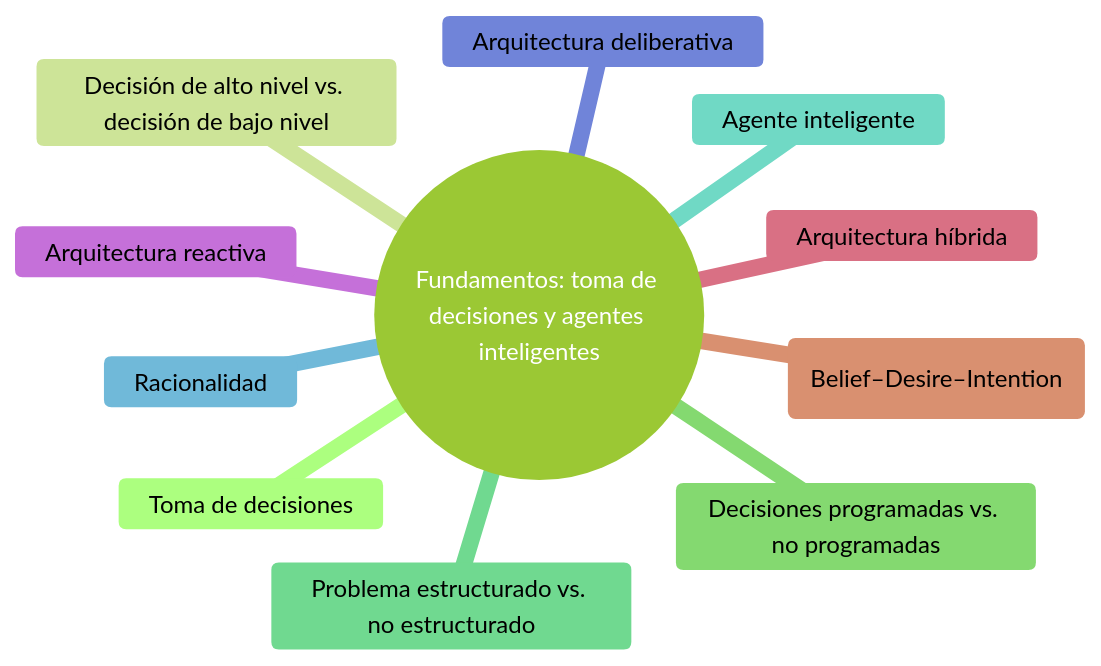
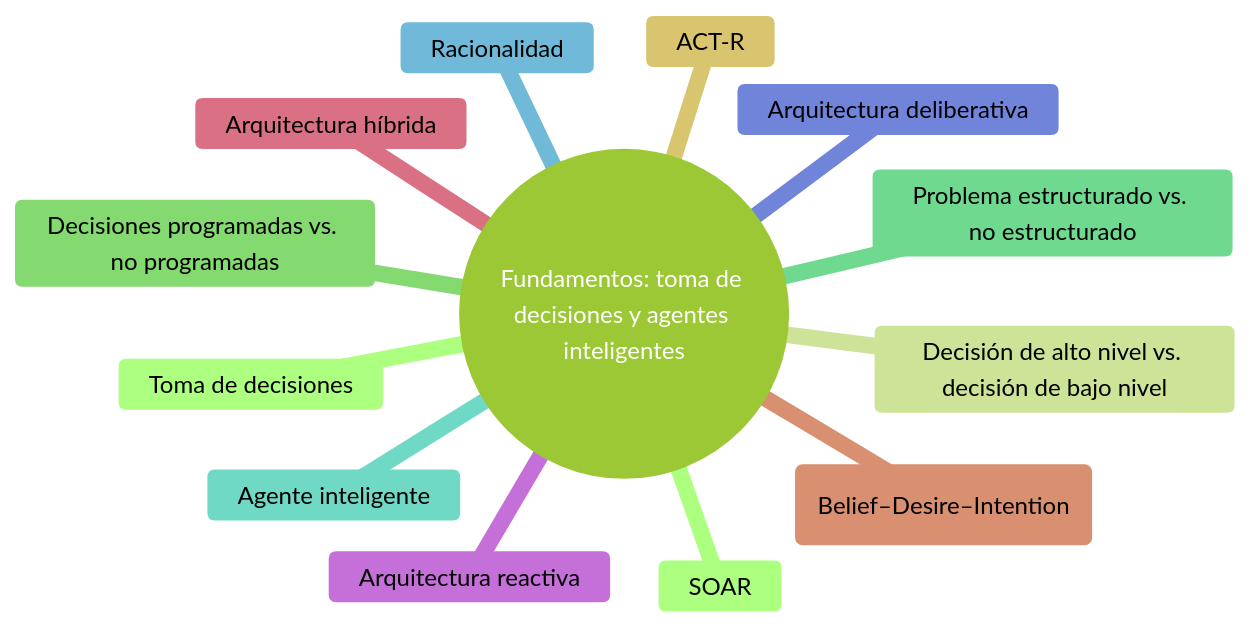
Before and after one commit to rgglez/rgglez-website: the first of 17 diagrams in src/src/data/blog/2026/05/es/glosario-razonamiento-planificacion.mdx, drawn with Mermaid (forest theme). The commit also changed other lines of this file, not shown here.

````diff
--- a/src/src/data/blog/2026/05/es/glosario-razonamiento-planificacion.mdx
+++ b/src/src/data/blog/2026/05/es/glosario-razonamiento-planificacion.mdx
@@ -220,14 +244,16 @@
 ```mermaid
 mindmap
   root(("Fundamentos: toma de decisiones y agentes inteligentes"))
     Toma de decisiones
     Decisión de alto nivel vs. decisión de bajo nivel
     Decisiones programadas vs. no programadas
     Problema estructurado vs. no estructurado
     Agente inteligente
     Racionalidad
     Arquitectura deliberativa
     Arquitectura reactiva
     Arquitectura híbrida
     Modelo BDI (Belief–Desire–Intention)
+    ACT-R
+    SOAR
 ```
````
